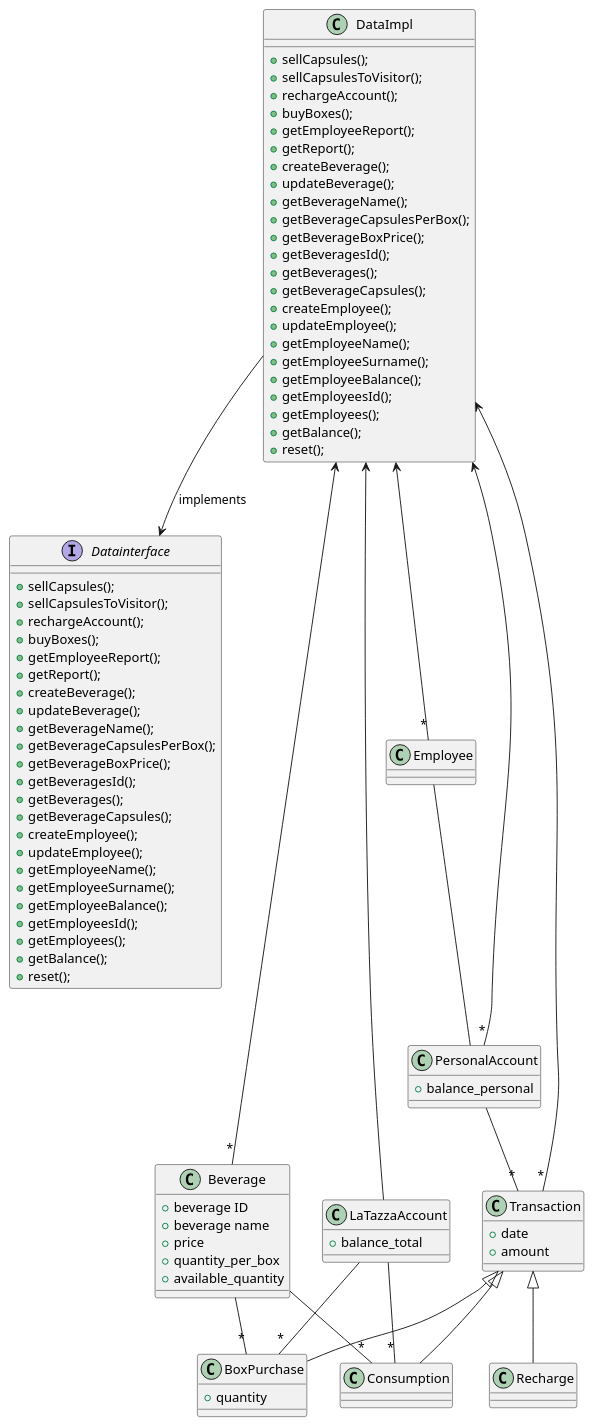
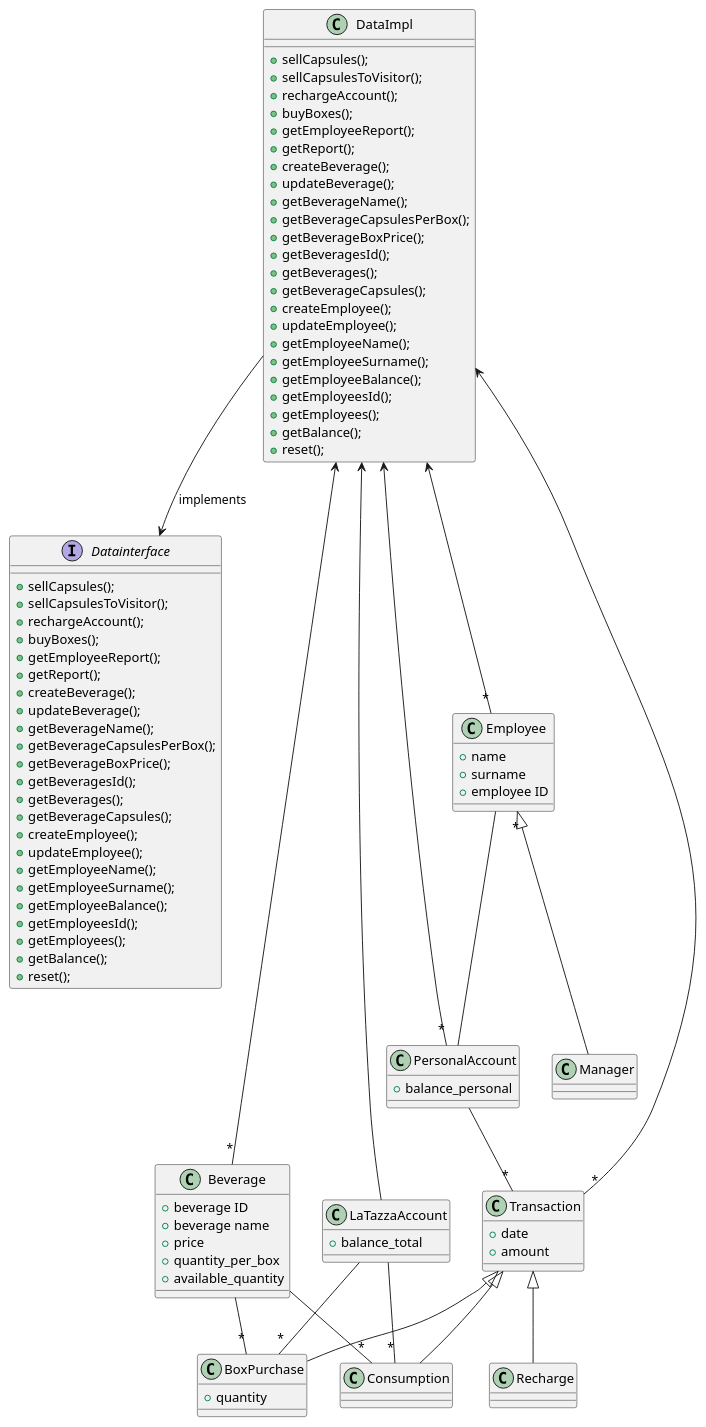
One commit to salvatore-dimartino/LaTazza changed the third of 7 diagrams in templates/DesignDocumentTemplate.md. Above: the diagram before and after it, drawn with PlantUML.

```diff
--- a/templates/DesignDocumentTemplate.md
+++ b/templates/DesignDocumentTemplate.md
@@ -140,6 +140,12 @@
 + balance_total
 }
 
+class Employee {
++ name
++ surname
++ employee ID
+}
+
 class Beverage {
 + beverage ID
 + beverage name
@@ -157,6 +163,7 @@
 + amount
 }
 
+Employee "*" <|--  Manager
 DataImpl <-- "*" Employee
 DataImpl <-- "*" Beverage
 DataImpl <-- LaTazzaAccount
```
